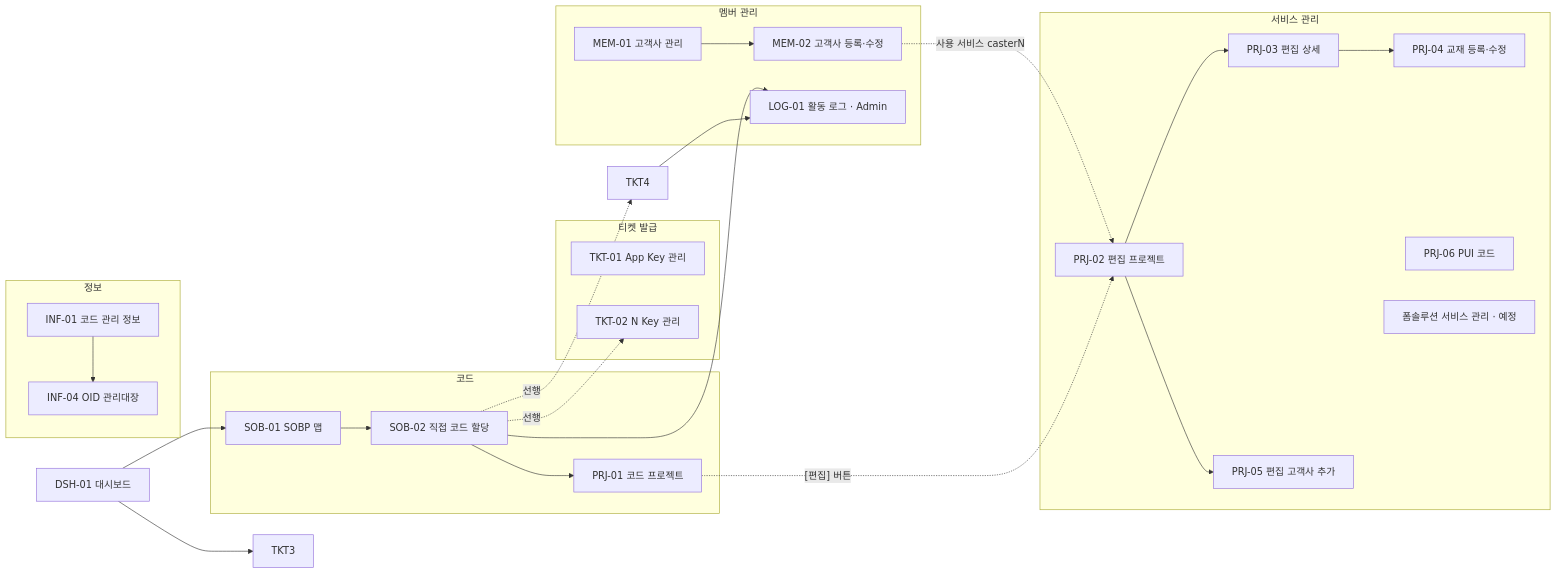
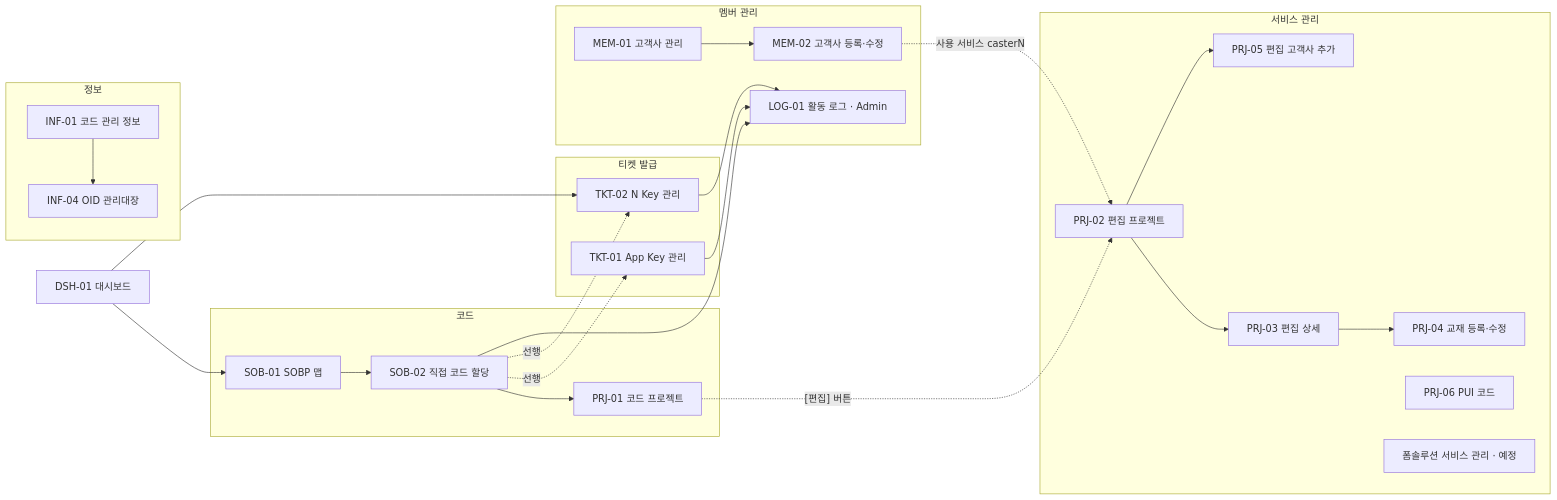
One commit to sjkim-create/NcodeCenter changed the sixth of 6 diagrams in docs/NcodeCenter-Flow.md. Above: the diagram before and after it, drawn with Mermaid. The commit also changed other lines of this file and 48 other files, not shown here.

````diff
--- a/docs/NcodeCenter-Flow.md
+++ b/docs/NcodeCenter-Flow.md
@@ -227,40 +230,41 @@
 ```mermaid
 flowchart LR
     DSH["DSH-01 대시보드"]
 
     subgraph G1["코드"]
         SOB1["SOB-01 SOBP 맵"] --> SOB2["SOB-02 직접 코드 할당"]
         PRJ1["PRJ-01 코드 프로젝트"]
     end
 
     subgraph G2["티켓 발급"]
         TKT1["TKT-01 App Key 관리"]
         TKT2["TKT-02 N Key 관리"]
     end
 
     subgraph G3["서비스 관리"]
         PRJ2["PRJ-02 편집 프로젝트"] --> PRJ3["PRJ-03 편집 상세"] --> PRJ4["PRJ-04 교재 등록·수정"]
         PRJ2 --> PRJ5["PRJ-05 편집 고객사 추가"]
         PUI["PRJ-06 PUI 코드"]
         FS["폼솔루션 서비스 관리 · 예정"]
     end
 
     subgraph G4["멤버 관리"]
         MEM1["MEM-01 고객사 관리"] --> MEM2["MEM-02 고객사 등록·수정"]
         LOG["LOG-01 활동 로그 · Admin"]
     end
 
     subgraph G5["정보"]
         INF["INF-01 코드 관리 정보"] --> INF4["INF-04 OID 관리대장"]
     end
 
     DSH --> SOB1
-    DSH --> TKT3
+    DSH --> TKT2
     MEM2 -. 사용 서비스 casterN .-> PRJ2
     SOB2 --> PRJ1
-    SOB2 -. 선행 .-> TKT4
+    SOB2 -. 선행 .-> TKT1
     SOB2 -. 선행 .-> TKT2
     SOB2 --> LOG
-    TKT4 --> LOG
+    TKT1 --> LOG
+    TKT2 --> LOG
     PRJ1 -. [편집] 버튼 .-> PRJ2
 ```
````
